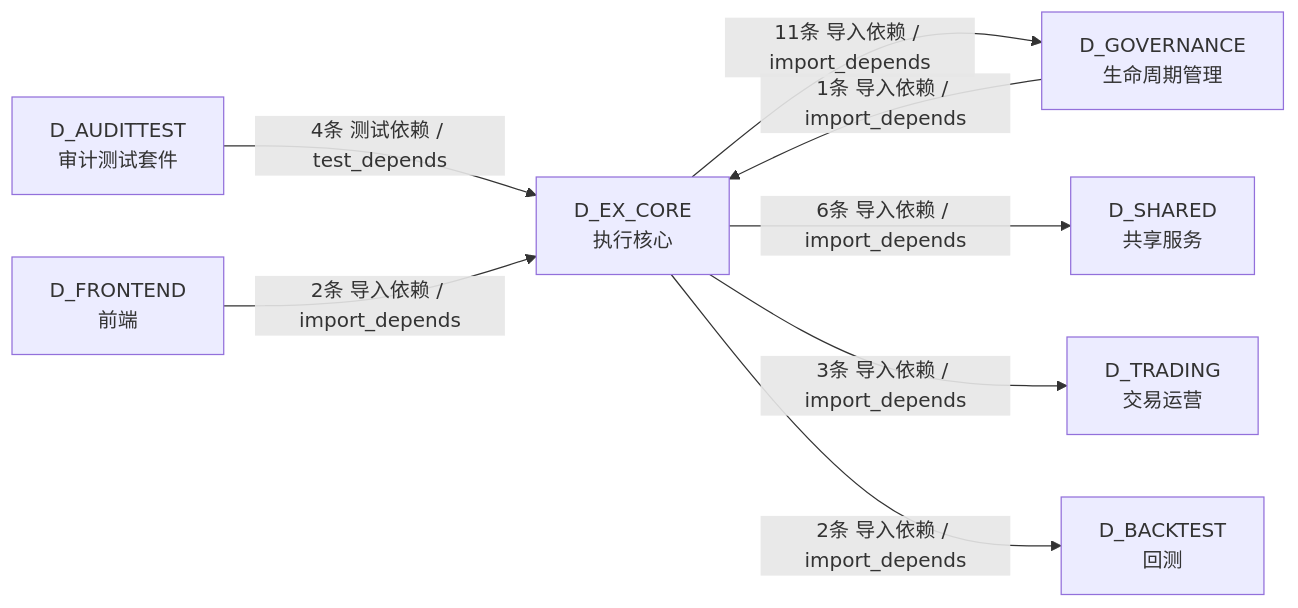
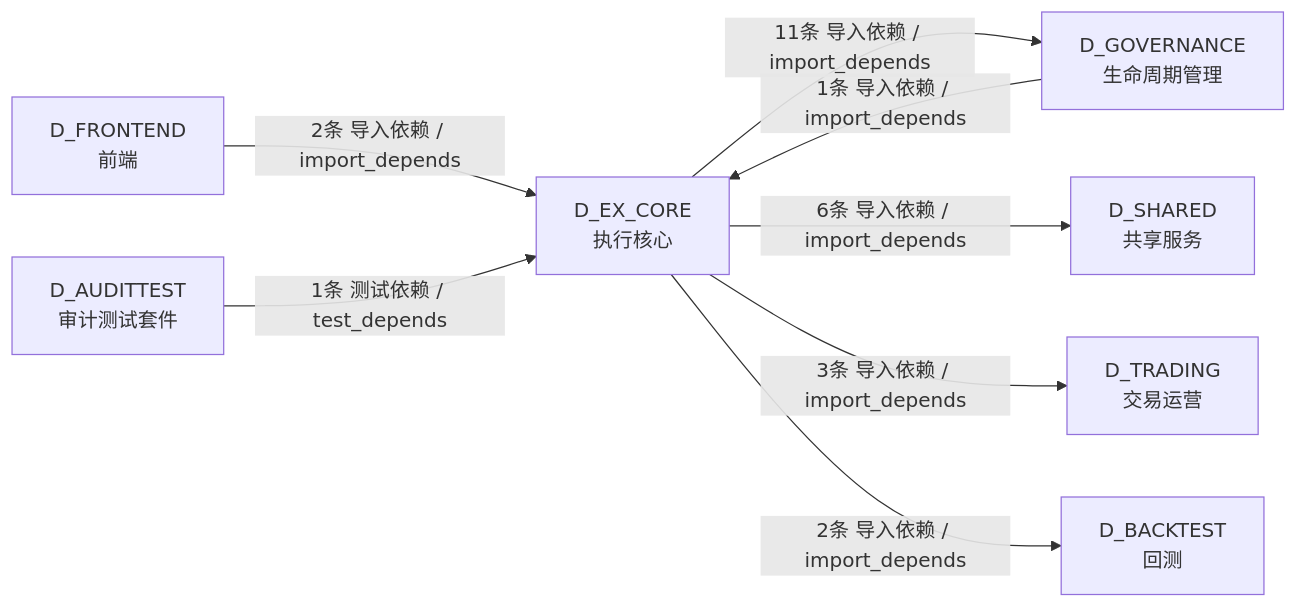
One commit to xuanFelixVan/ZephyrAlpha changed the fifth of 5 diagrams in docs/02_enterprise_architecture/02_domain_architecture_docs/27_d_ex_core.md. Above: the diagram before and after it, drawn with Mermaid. The commit also changed other lines of this file and 100 other files, not shown here.

````diff
--- a/docs/02_enterprise_architecture/02_domain_architecture_docs/27_d_ex_core.md
+++ b/docs/02_enterprise_architecture/02_domain_architecture_docs/27_d_ex_core.md
@@ -278,17 +278,17 @@
 ```mermaid
 graph LR
     D_EX_CORE["D_EX_CORE<br/>执行核心"]
     D_GOVERNANCE["D_GOVERNANCE<br/>生命周期管理"]
     D_SHARED["D_SHARED<br/>共享服务"]
     D_TRADING["D_TRADING<br/>交易运营"]
     D_BACKTEST["D_BACKTEST<br/>回测"]
+    D_FRONTEND["D_FRONTEND<br/>前端"]
     D_AUDITTEST["D_AUDITTEST<br/>审计测试套件"]
-    D_FRONTEND["D_FRONTEND<br/>前端"]
     D_EX_CORE -->|11条 导入依赖 / import_depends| D_GOVERNANCE
     D_EX_CORE -->|6条 导入依赖 / import_depends| D_SHARED
     D_EX_CORE -->|3条 导入依赖 / import_depends| D_TRADING
     D_EX_CORE -->|2条 导入依赖 / import_depends| D_BACKTEST
-    D_AUDITTEST -->|4条 测试依赖 / test_depends| D_EX_CORE
     D_FRONTEND -->|2条 导入依赖 / import_depends| D_EX_CORE
+    D_AUDITTEST -->|1条 测试依赖 / test_depends| D_EX_CORE
     D_GOVERNANCE -->|1条 导入依赖 / import_depends| D_EX_CORE
 ```
````
